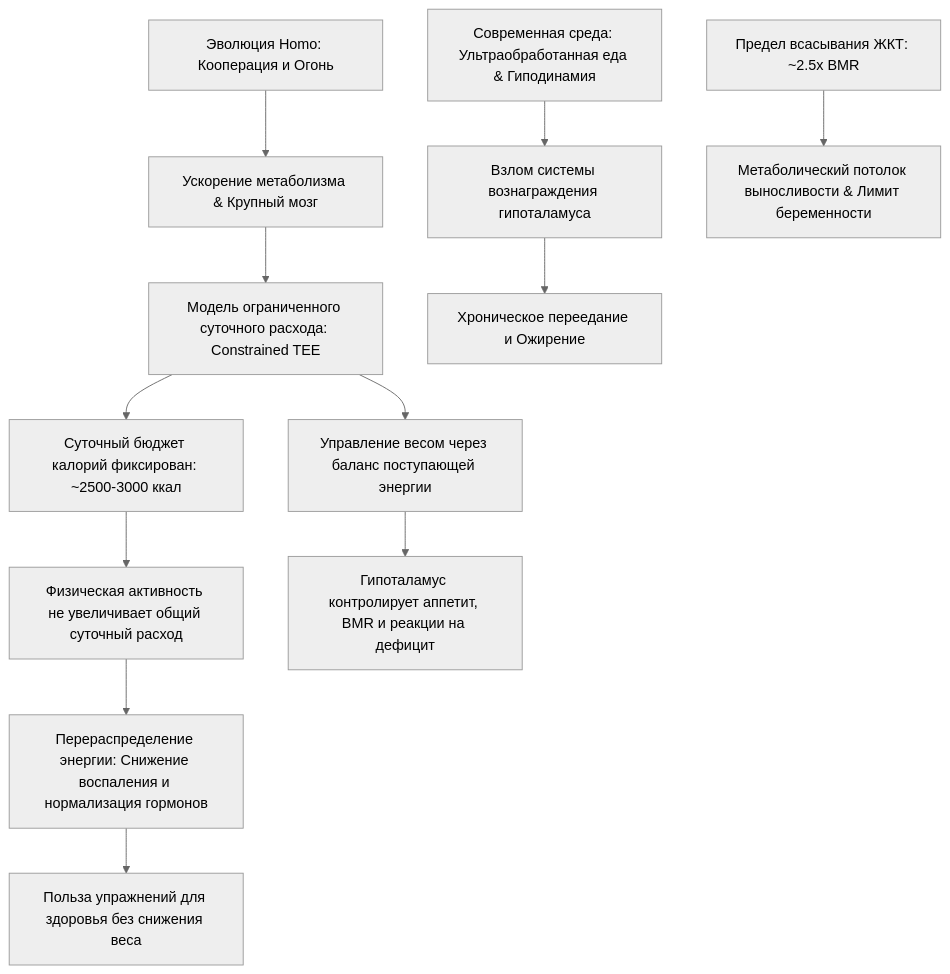
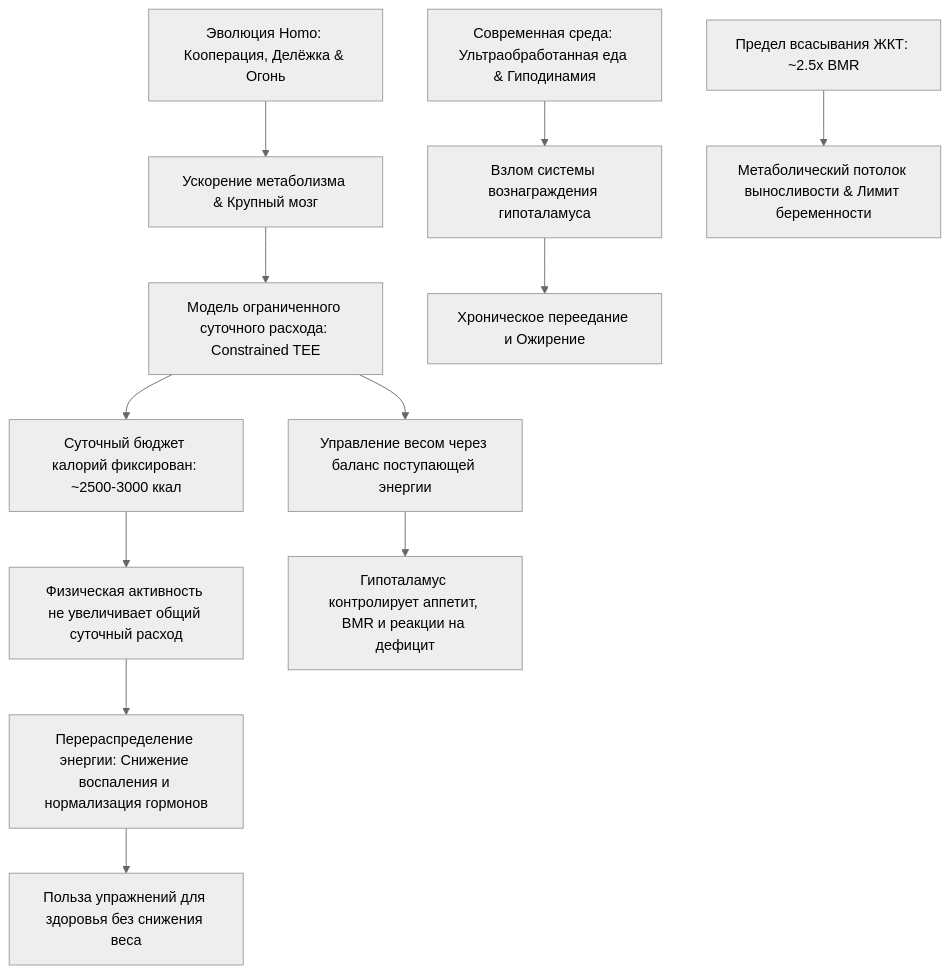
The diagram in notebooklm/burn_pontzer_uchoba.md (viiiitaaaaa/knigi-kupleno), drawn with Mermaid (neutral theme) before and after one commit. The commit also changed other lines of this file and 9 other files, not shown here.

````diff
--- a/notebooklm/burn_pontzer_uchoba.md
+++ b/notebooklm/burn_pontzer_uchoba.md
@@ -93,18 +93,18 @@
 ```mermaid
 graph TD
-    A[Эволюция Homo: Кооперация и Огонь] --> B[Ускорение метаболизма & Крупный мозг]
+    A[Эволюция Homo: Кооперация, Делёжка & Огонь] --> B[Ускорение метаболизма & Крупный мозг]
     B --> C[Модель ограниченного суточного расхода: Constrained TEE]
     
     C --> D[Суточный бюджет калорий фиксирован: ~2500-3000 ккал]
     D --> E[Физическая активность не увеличивает общий суточный расход]
     E --> F[Перераспределение энергии: Снижение воспаления и нормализация гормонов]
     F --> G[Польза упражнений для здоровья без снижения веса]
 
     C --> H[Управление весом через баланс поступающей энергии]
     H --> I[Гипоталамус контролирует аппетит, BMR и реакции на дефицит]
     
     J[Современная среда: Ультраобработанная еда & Гиподинамия] --> K[Взлом системы вознаграждения гипоталамуса]
     K --> L[Хроническое переедание и Ожирение]
     
     M[Предел всасывания ЖКТ: ~2.5x BMR] --> N[Метаболический потолок выносливости & Лимит беременности]
 ```
````
